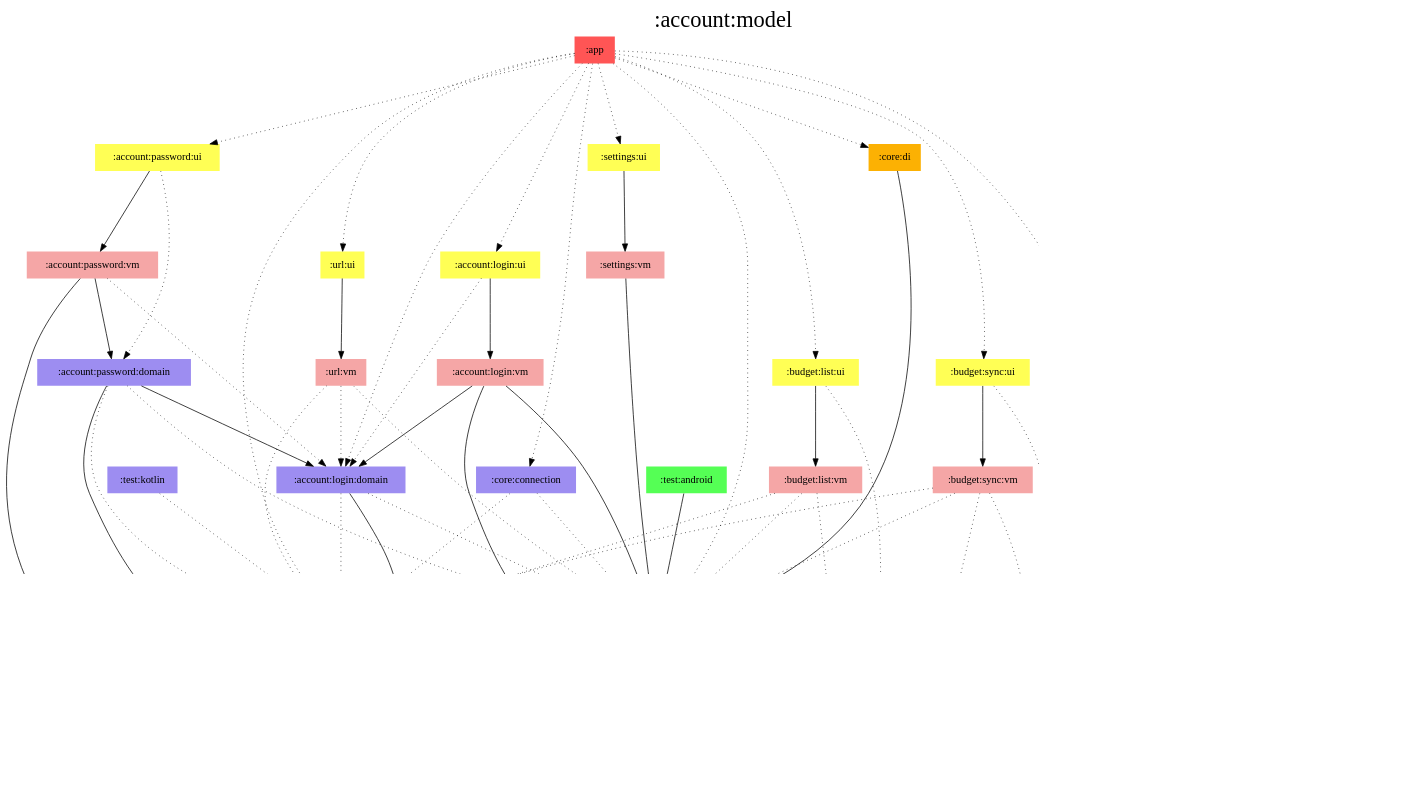
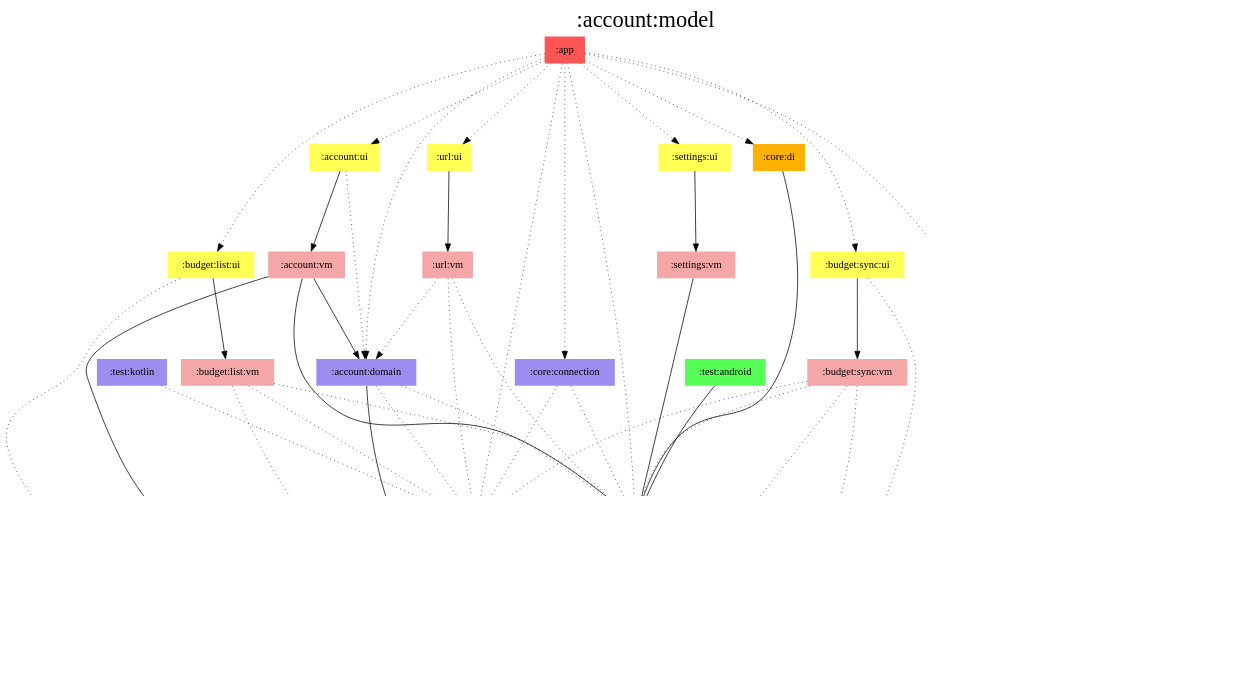
The diagram in modules/account/model/modules.dot (jonapoul/aktual), drawn with Graphviz before and after one commit. The commit also changed 127 other files, not shown here.

Commit message:
Merge account:login and account:password

```diff
--- a/modules/account/model/modules.dot
+++ b/modules/account/model/modules.dot
@@ -1,106 +1,93 @@
 digraph {
 edge ["dir"="forward"]
 graph ["dpi"="100","label"=":account:model","labelloc"="t","fontsize"="30","ranksep"="1.5","rankdir"="TB"]
 node ["style"="filled"]
-":account:login:domain" ["fillcolor"="#9D8DF1","shape"="none"]
-":account:login:ui" ["fillcolor"="#FFFF55","shape"="none"]
-":account:login:vm" ["fillcolor"="#F5A6A6","shape"="none"]
+":account:domain" ["fillcolor"="#9D8DF1","shape"="none"]
 ":account:model" ["fillcolor"="#9D8DF1","color"="black","penwidth"="3","shape"="box"]
-":account:password:domain" ["fillcolor"="#9D8DF1","shape"="none"]
-":account:password:ui" ["fillcolor"="#FFFF55","shape"="none"]
-":account:password:vm" ["fillcolor"="#F5A6A6","shape"="none"]
+":account:ui" ["fillcolor"="#FFFF55","shape"="none"]
+":account:vm" ["fillcolor"="#F5A6A6","shape"="none"]
 ":api:actual" ["fillcolor"="#9D8DF1","shape"="none"]
 ":app" ["fillcolor"="#FF5555","shape"="none"]
 ":budget:encryption" ["fillcolor"="#9D8DF1","shape"="none"]
 ":budget:list:ui" ["fillcolor"="#FFFF55","shape"="none"]
 ":budget:list:vm" ["fillcolor"="#F5A6A6","shape"="none"]
 ":budget:sync:ui" ["fillcolor"="#FFFF55","shape"="none"]
 ":budget:sync:vm" ["fillcolor"="#F5A6A6","shape"="none"]
 ":budget:transactions:ui" ["fillcolor"="#FFFF55","shape"="none"]
 ":budget:transactions:vm" ["fillcolor"="#F5A6A6","shape"="none"]
 ":core:connection" ["fillcolor"="#9D8DF1","shape"="none"]
 ":core:di" ["fillcolor"="#FCB103","shape"="none"]
 ":prefs" ["fillcolor"="#9D8DF1","shape"="none"]
 ":settings:ui" ["fillcolor"="#FFFF55","shape"="none"]
 ":settings:vm" ["fillcolor"="#F5A6A6","shape"="none"]
 ":test:android" ["fillcolor"="#55FF55","shape"="none"]
 ":test:kotlin" ["fillcolor"="#9D8DF1","shape"="none"]
 ":url:ui" ["fillcolor"="#FFFF55","shape"="none"]
 ":url:vm" ["fillcolor"="#F5A6A6","shape"="none"]
 {
 edge ["dir"="none"]
 graph ["rank"="same"]
 ":account:model"
 }
-":account:login:domain" -> ":account:model"
-":account:login:domain" -> ":api:actual" ["style"="dotted"]
-":account:login:domain" -> ":prefs" ["style"="dotted"]
-":account:login:ui" -> ":account:login:domain" ["style"="dotted"]
-":account:login:ui" -> ":account:login:vm"
-":account:login:vm" -> ":account:login:domain"
-":account:login:vm" -> ":account:model"
-":account:login:vm" -> ":prefs"
-":account:password:domain" -> ":account:login:domain"
-":account:password:domain" -> ":account:model"
-":account:password:domain" -> ":api:actual" ["style"="dotted"]
-":account:password:domain" -> ":prefs" ["style"="dotted"]
-":account:password:ui" -> ":account:password:domain" ["style"="dotted"]
-":account:password:ui" -> ":account:password:vm"
-":account:password:vm" -> ":account:login:domain" ["style"="dotted"]
-":account:password:vm" -> ":account:model"
-":account:password:vm" -> ":account:password:domain"
+":account:domain" -> ":account:model"
+":account:domain" -> ":api:actual" ["style"="dotted"]
+":account:domain" -> ":prefs" ["style"="dotted"]
+":account:ui" -> ":account:domain" ["style"="dotted"]
+":account:ui" -> ":account:vm"
+":account:vm" -> ":account:domain"
+":account:vm" -> ":account:model"
+":account:vm" -> ":prefs"
 ":api:actual" -> ":account:model"
-":app" -> ":account:login:domain" ["style"="dotted"]
-":app" -> ":account:login:ui" ["style"="dotted"]
-":app" -> ":account:password:ui" ["style"="dotted"]
+":app" -> ":account:domain" ["style"="dotted"]
+":app" -> ":account:ui" ["style"="dotted"]
 ":app" -> ":api:actual" ["style"="dotted"]
 ":app" -> ":budget:list:ui" ["style"="dotted"]
 ":app" -> ":budget:sync:ui" ["style"="dotted"]
 ":app" -> ":budget:transactions:ui" ["style"="dotted"]
 ":app" -> ":core:connection" ["style"="dotted"]
 ":app" -> ":core:di" ["style"="dotted"]
 ":app" -> ":prefs" ["style"="dotted"]
 ":app" -> ":settings:ui" ["style"="dotted"]
 ":app" -> ":url:ui" ["style"="dotted"]
 ":budget:encryption" -> ":account:model"
 ":budget:list:ui" -> ":account:model" ["style"="dotted"]
 ":budget:list:ui" -> ":budget:list:vm"
 ":budget:list:vm" -> ":account:model" ["style"="dotted"]
 ":budget:list:vm" -> ":api:actual" ["style"="dotted"]
 ":budget:list:vm" -> ":prefs" ["style"="dotted"]
 ":budget:sync:ui" -> ":account:model" ["style"="dotted"]
 ":budget:sync:ui" -> ":budget:sync:vm"
 ":budget:sync:vm" -> ":account:model" ["style"="dotted"]
 ":budget:sync:vm" -> ":api:actual" ["style"="dotted"]
 ":budget:sync:vm" -> ":budget:encryption" ["style"="dotted"]
 ":budget:sync:vm" -> ":prefs" ["style"="dotted"]
 ":budget:transactions:ui" -> ":account:model" ["style"="dotted"]
 ":budget:transactions:ui" -> ":budget:transactions:vm"
 ":budget:transactions:vm" -> ":account:model" ["style"="dotted"]
 ":core:connection" -> ":api:actual" ["style"="dotted"]
 ":core:connection" -> ":prefs" ["style"="dotted"]
 ":core:di" -> ":prefs"
 ":prefs" -> ":account:model"
 ":settings:ui" -> ":settings:vm"
 ":settings:vm" -> ":prefs"
 ":test:android" -> ":prefs"
 ":test:kotlin" -> ":api:actual" ["style"="dotted"]
 ":url:ui" -> ":url:vm"
-":url:vm" -> ":account:login:domain" ["style"="dotted"]
+":url:vm" -> ":account:domain" ["style"="dotted"]
 ":url:vm" -> ":api:actual" ["style"="dotted"]
 ":url:vm" -> ":prefs" ["style"="dotted"]
 subgraph "cluster_legend" {
 edge ["dir"="none"]
 graph ["label"="Legend","fontsize"="20"]
 "Legend" ["style"="filled","fillcolor"="#FFFFFF","shape"="none","margin"="0","fontsize"="15","label"=<
 <TABLE BORDER="0" CELLBORDER="0" CELLSPACING="0" CELLPADDING="4">
 <TR><TD>App</TD><TD BGCOLOR="#FF5555">module-name</TD></TR>
 <TR><TD>ViewModel</TD><TD BGCOLOR="#F5A6A6">module-name</TD></TR>
 <TR><TD>Hilt</TD><TD BGCOLOR="#FCB103">module-name</TD></TR>
 <TR><TD>Compose</TD><TD BGCOLOR="#FFFF55">module-name</TD></TR>
 <TR><TD>Android</TD><TD BGCOLOR="#55FF55">module-name</TD></TR>
 <TR><TD>Multiplatform</TD><TD BGCOLOR="#9D8DF1">module-name</TD></TR>
 </TABLE>
 >]
 } -> ":account:model" ["style"="invis"]
 }
```
